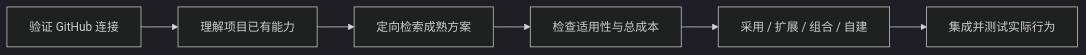
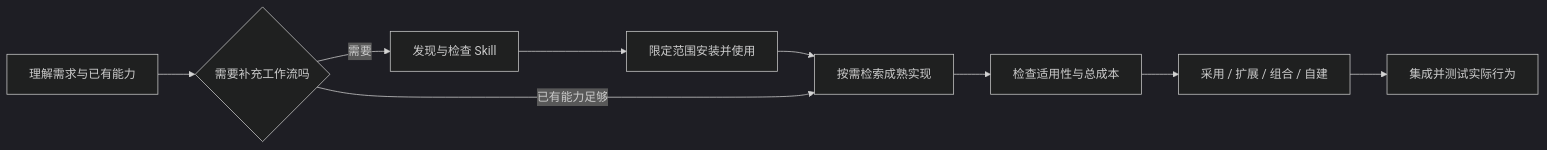
One commit to xtltt56-cmd/reusebeacon changed the diagram in README.md. Above: the diagram before and after it, drawn with Mermaid (dark theme). The commit also changed other lines of this file and 12 other files, not shown here.

````diff
--- a/README.md
+++ b/README.md
@@ -26,8 +28,11 @@
 ```mermaid
 flowchart LR
-    A[验证 GitHub 连接] --> B[理解项目已有能力]
-    B --> C[定向检索成熟方案]
+    A[理解需求与已有能力] --> B{需要补充工作流吗}
+    B -->|需要| S[发现与检查 Skill]
+    S --> T[限定范围安装并使用]
+    T --> C[按需检索成熟实现]
+    B -->|已有能力足够| C
     C --> D[检查适用性与总成本]
     D --> E[采用 / 扩展 / 组合 / 自建]
     E --> F[集成并测试实际行为]
 ```
````
